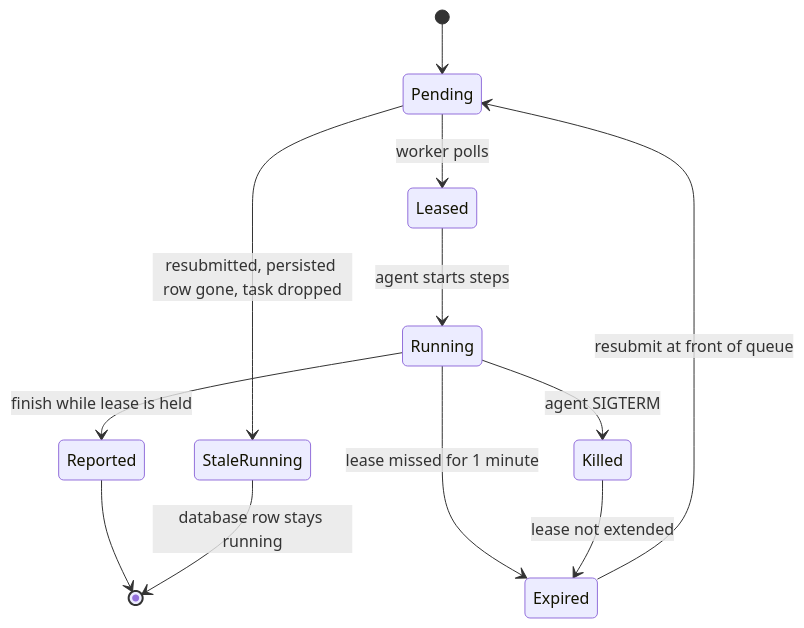
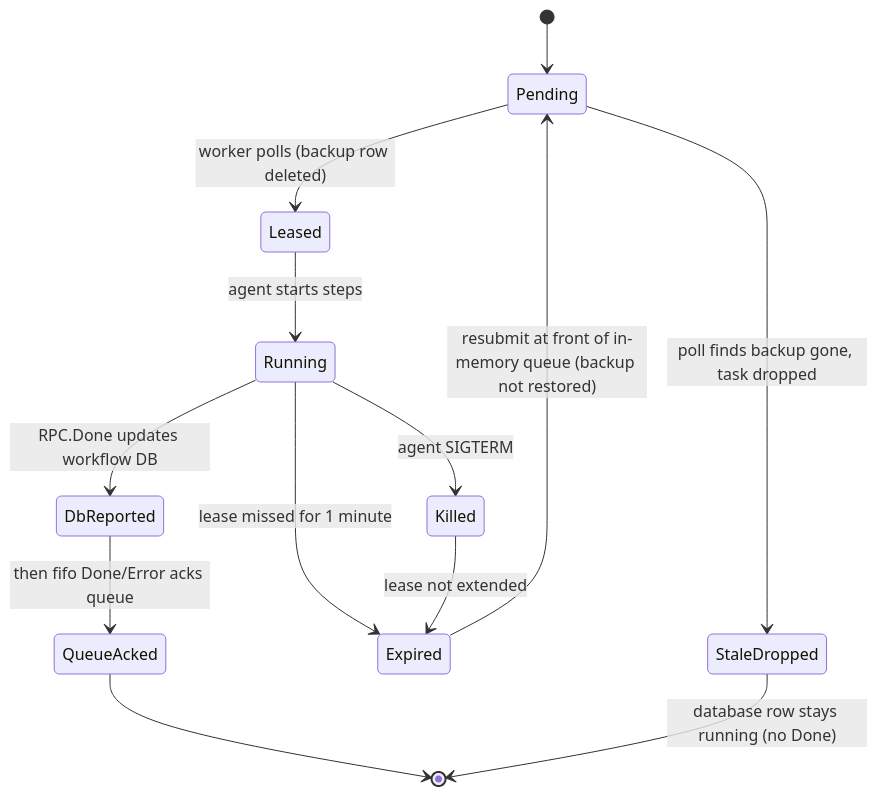
The first of 2 diagrams in docs/state-charts/woodpecker-runner.md (shyamsivakumar/mac-ops), drawn with Mermaid before and after one commit. The commit also changed other lines of this file and 5 other files, not shown here.

First line of the commit message:
MO-106: Align runner model with persistent Poll and RPC.Done.

````diff
--- a/docs/state-charts/woodpecker-runner.md
+++ b/docs/state-charts/woodpecker-runner.md
@@ -5,14 +5,15 @@
 ```mermaid
 stateDiagram-v2
     [*] --> Pending
-    Pending --> Leased: worker polls
+    Pending --> Leased: worker polls (backup row deleted)
     Leased --> Running: agent starts steps
-    Running --> Reported: finish while lease is held
-    Reported --> [*]
+    Running --> DbReported: RPC.Done updates workflow DB
+    DbReported --> QueueAcked: then fifo Done/Error acks queue
+    QueueAcked --> [*]
     Running --> Expired: lease missed for 1 minute
     Running --> Killed: agent SIGTERM
     Killed --> Expired: lease not extended
-    Expired --> Pending: resubmit at front of queue
-    Pending --> StaleRunning: resubmitted, persisted row gone, task dropped
-    StaleRunning --> [*]: database row stays running
+    Expired --> Pending: resubmit at front of in-memory queue (backup not restored)
+    Pending --> StaleDropped: poll finds backup gone, task dropped
+    StaleDropped --> [*]: database row stays running (no Done)
 ```
````
